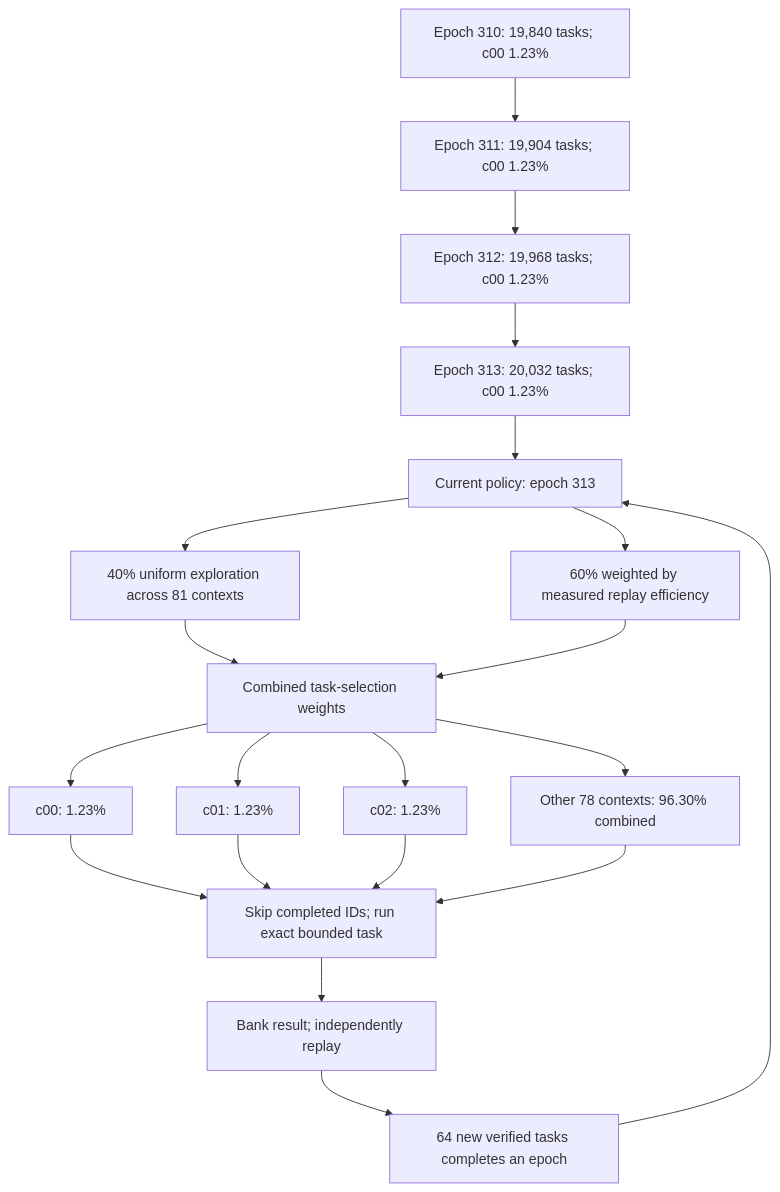
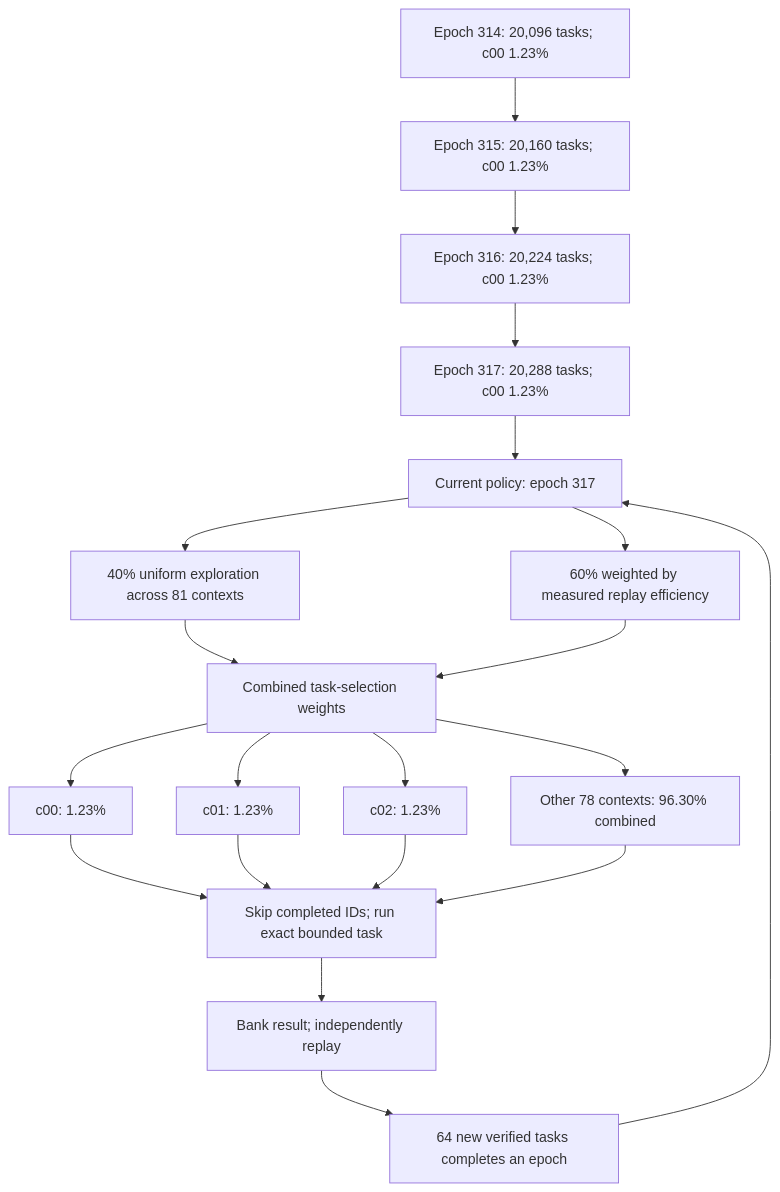
The first of 2 diagrams in README.md (Kuberwastaken/math-gambling), drawn with Mermaid before and after one commit. The commit also changed other lines of this file and 596 other files, not shown here.

````diff
--- a/README.md
+++ b/README.md
@@ -49,27 +49,27 @@
 ```mermaid
 flowchart TD
-    H0["Epoch 310: 19,840 tasks; c00 1.23%"]
-    H1["Epoch 311: 19,904 tasks; c00 1.23%"]
+    H0["Epoch 314: 20,096 tasks; c00 1.23%"]
+    H1["Epoch 315: 20,160 tasks; c00 1.23%"]
     H0 --> H1
-    H2["Epoch 312: 19,968 tasks; c00 1.23%"]
+    H2["Epoch 316: 20,224 tasks; c00 1.23%"]
     H1 --> H2
-    H3["Epoch 313: 20,032 tasks; c00 1.23%"]
+    H3["Epoch 317: 20,288 tasks; c00 1.23%"]
     H2 --> H3
-    Policy["Current policy: epoch 313"]
+    Policy["Current policy: epoch 317"]
     H3 --> Policy
     Policy --> Explore["40% uniform exploration across 81 contexts"]
     Policy --> Cost["60% weighted by measured replay efficiency"]
     Explore --> Mix["Combined task-selection weights"]
     Cost --> Mix
     Mix --> C0["c00: 1.23%"]
     Mix --> C1["c01: 1.23%"]
     Mix --> C2["c02: 1.23%"]
     Mix --> Rest["Other 78 contexts: 96.30% combined"]
     C0 --> Check["Skip completed IDs; run exact bounded task"]
     C1 --> Check
     C2 --> Check
     Rest --> Check
     Check --> Replay["Bank result; independently replay"]
     Replay --> Gate["64 new verified tasks completes an epoch"]
     Gate --> Policy
 ```
````
